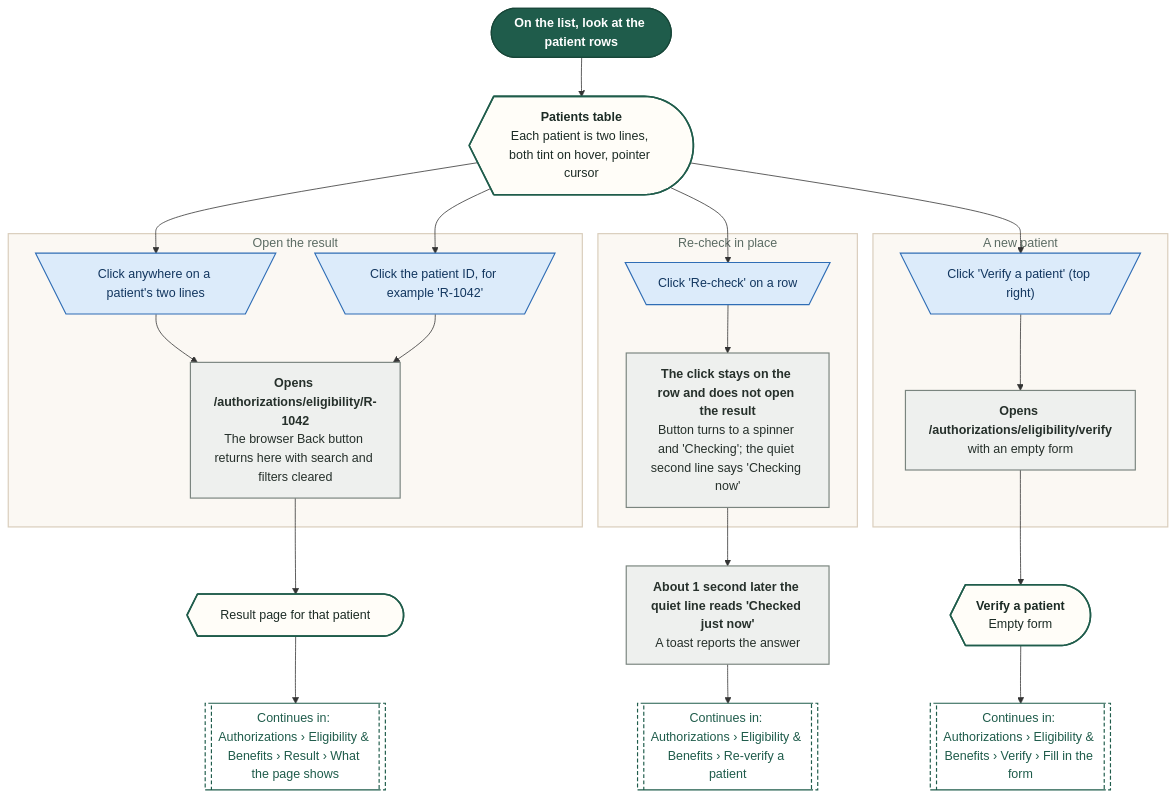
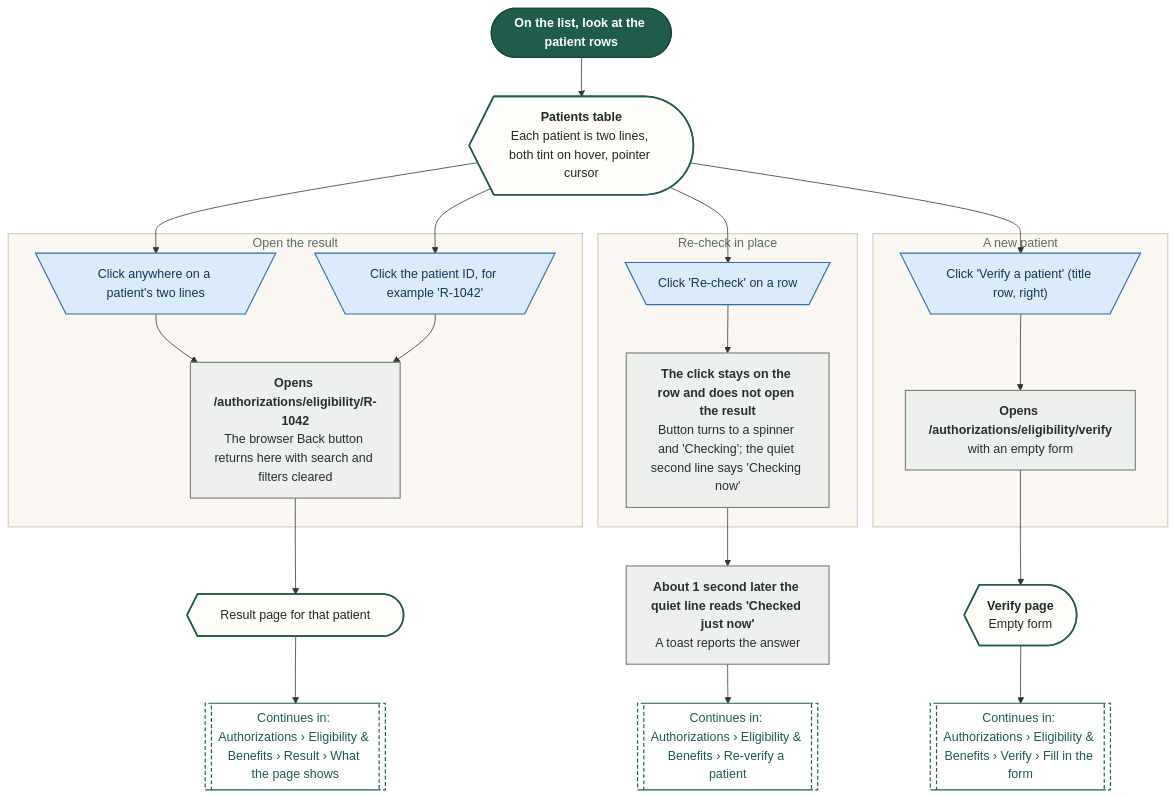
The third of 28 diagrams in demos/prior-auth-demo/workflows/out/md/05-eligibility.md (Shrav143/psyfloapp), drawn with Mermaid before and after one commit. The commit also changed other lines of this file and 202 other files, not shown here.

First line of the commit message:
docs: round 6 README, CONVENTIONS, spec section 17, diagram module blurbs and 336 rebuilt diagrams

````diff
--- a/demos/prior-auth-demo/workflows/out/md/05-eligibility.md
+++ b/demos/prior-auth-demo/workflows/out/md/05-eligibility.md
@@ -194,56 +186,56 @@
 ```mermaid
 %%{init: {"theme":"base","themeVariables":{"fontFamily":"'DM Sans', 'Segoe UI', system-ui, sans-serif","fontSize":"15px","lineColor":"#5B6B63","primaryTextColor":"#1C2B25","clusterBkg":"#FBF8F3","clusterBorder":"#D9CDBB","edgeLabelBackground":"#FFFFFF"},"flowchart":{"curve":"basis","nodeSpacing":36,"rankSpacing":48,"padding":12,"htmlLabels":true,"useMaxWidth":false,"wrappingWidth":230}} }%%
 flowchart TD
   classDef k_start fill:#1F5C4B,stroke:#174638,color:#FFFFFF,stroke-width:1.5px,font-weight:600
   classDef k_end fill:#DDEFE3,stroke:#2E7D4F,color:#14502F,stroke-width:1.5px,font-weight:600
   classDef k_endx fill:#FBE3E0,stroke:#C0392B,color:#7A1F16,stroke-width:1.5px,font-weight:600
   classDef k_screen fill:#FFFDF8,stroke:#1F5C4B,color:#1C2B25,stroke-width:2px
   classDef k_overlay fill:#F1F7F3,stroke:#1F5C4B,color:#1C2B25,stroke-width:2px,stroke-dasharray:5 3
   classDef k_click fill:#DCEBFA,stroke:#2F6DB5,color:#12365F,stroke-width:1.5px
   classDef k_input fill:#E4E7FF,stroke:#4C5FD5,color:#1D2670,stroke-width:1.5px
   classDef k_process fill:#EEF0EE,stroke:#7A857F,color:#26302B,stroke-width:1.5px
   classDef k_agent fill:#EEE5FA,stroke:#7A4FC2,color:#341A63,stroke-width:1.5px
   classDef k_decision fill:#FFF0CC,stroke:#D9962B,color:#5C3B00,stroke-width:1.5px
   classDef k_store fill:#D5F0EA,stroke:#1C8E7B,color:#0B4A3F,stroke-width:1.5px
   classDef k_doc fill:#F6E9DC,stroke:#B07A4C,color:#4A2E14,stroke-width:1.5px
   classDef k_ext fill:#FFE6D2,stroke:#E07B39,color:#6B2F06,stroke-width:1.5px
   classDef k_wait fill:#E4E8EE,stroke:#6B7C93,color:#26303D,stroke-width:1.5px
   classDef k_toast fill:#FFF9DB,stroke:#C9A400,color:#5A4A00,stroke-width:1.5px
   classDef k_goto fill:#FFFFFF,stroke:#1F5C4B,color:#1F5C4B,stroke-width:1.5px,stroke-dasharray:5 3
   s1@{ shape: stadium, label: "On the list, look at the patient rows" }
   sc@{ shape: curv-trap, label: "<b>Patients table</b><br/>Each patient is two lines, both tint on hover, pointer cursor" }
   subgraph gOpen ["Open the result"]
   c1@{ shape: trap-t, label: "Click anywhere on a patient's two lines" }
   c2@{ shape: trap-t, label: "Click the patient ID, for example 'R-1042'" }
   p1@{ shape: rect, label: "<b>Opens /authorizations/eligibility/R-1042</b><br/>The browser Back button returns here with search and filters cleared" }
   end
   subgraph gRe ["Re-check in place"]
   c3@{ shape: trap-t, label: "Click 'Re-check' on a row" }
   p2@{ shape: rect, label: "<b>The click stays on the row and does not open the result</b><br/>Button turns to a spinner and 'Checking'; the quiet second line says 'Checking now'" }
   end
   subgraph gNew ["A new patient"]
-  c4@{ shape: trap-t, label: "Click 'Verify a patient' (top right)" }
+  c4@{ shape: trap-t, label: "Click 'Verify a patient' (title row, right)" }
   p3@{ shape: rect, label: "<b>Opens /authorizations/eligibility/verify</b><br/>with an empty form" }
   end
   res@{ shape: curv-trap, label: "Result page for that patient" }
-  ver@{ shape: curv-trap, label: "<b>Verify a patient</b><br/>Empty form" }
+  ver@{ shape: curv-trap, label: "<b>Verify page</b><br/>Empty form" }
   g1@{ shape: subproc, label: "Continues in: Authorizations › Eligibility & Benefits › Result › What the page shows" }
   g2@{ shape: subproc, label: "Continues in: Authorizations › Eligibility & Benefits › Re-verify a patient" }
   g3@{ shape: subproc, label: "Continues in: Authorizations › Eligibility & Benefits › Verify › Fill in the form" }
   t1@{ shape: rect, label: "<b>About 1 second later the quiet line reads 'Checked just now'</b><br/>A toast reports the answer" }
   s1 --> sc
   sc --> c1 & c2 & c3 & c4
   c1 --> p1
   c2 --> p1
   p1 --> res --> g1
   c3 --> p2 --> t1 --> g2
   c4 --> p3 --> ver --> g3
   class s1 k_start
   class sc,res,ver k_screen
   class c1,c2,c3,c4 k_click
   class p1,p2,p3,t1 k_process
   class g1,g2,g3 k_goto
   style gOpen fill:#FBF8F3,stroke:#D9CDBB,stroke-width:1.5px,color:#5B6B63
   style gRe fill:#FBF8F3,stroke:#D9CDBB,stroke-width:1.5px,color:#5B6B63
   style gNew fill:#FBF8F3,stroke:#D9CDBB,stroke-width:1.5px,color:#5B6B63
 ```
````
